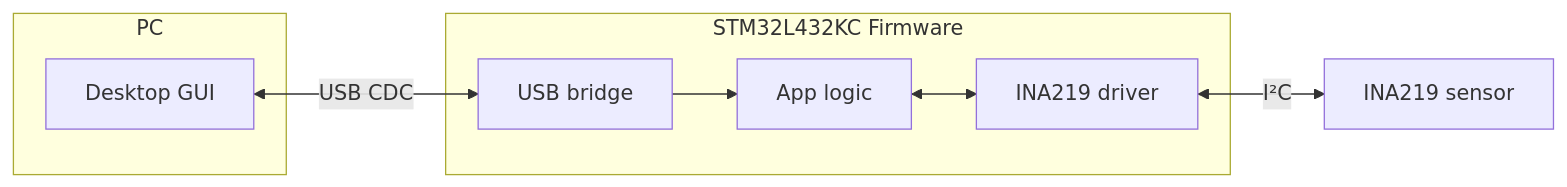
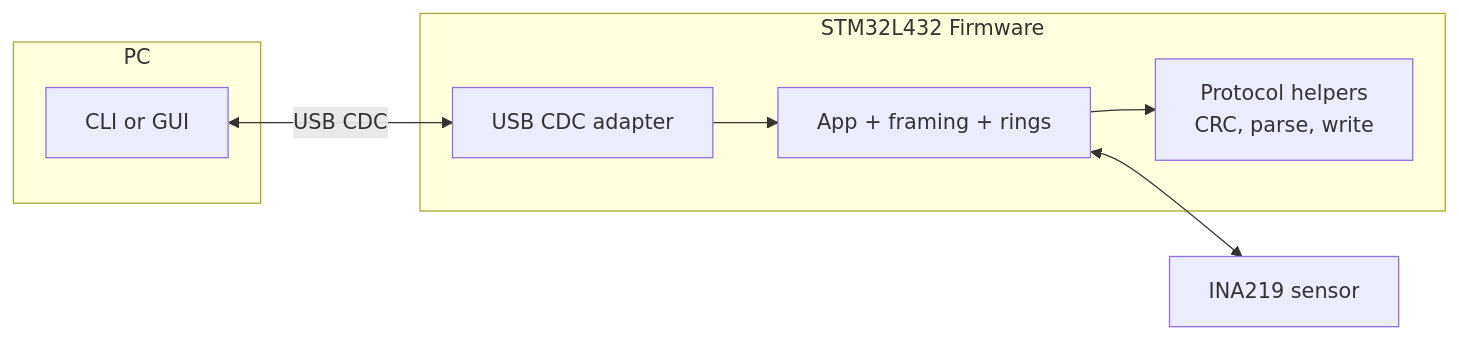
Before and after one commit to brahimab8/stm32-power-scope: the diagram in README.md, drawn with Mermaid. The commit also changed other lines of this file and 2 other files, not shown here.

Commit message:
docs: update README and USB-CDC guide; add architecture.md

````diff
--- a/README.md
+++ b/README.md
@@ -9,19 +32,19 @@
 ```mermaid
 flowchart LR
   subgraph HOST[PC]
-    GUI[Desktop GUI]
+    CLI[CLI or GUI]
   end
 
-  subgraph STM32[STM32L432KC Firmware]
-    COMM[USB bridge]
-    APP[App logic]
-    INA_DRV[INA219 driver]
+  subgraph DEV[STM32L432 Firmware]
+    CDC[USB CDC adapter]
+    APP[App + framing + rings]
+    PROTO[Protocol helpers <br>CRC, parse, write]
   end
 
   INA[INA219 sensor]
 
-  GUI <-->|USB CDC| COMM
-  COMM --> APP
-  APP <--> INA_DRV
-  INA_DRV <--> |I²C| INA
+  CLI <-->|USB CDC| CDC
+  CDC --> APP
+  APP --> PROTO
+  APP <--> INA
 ```
````
